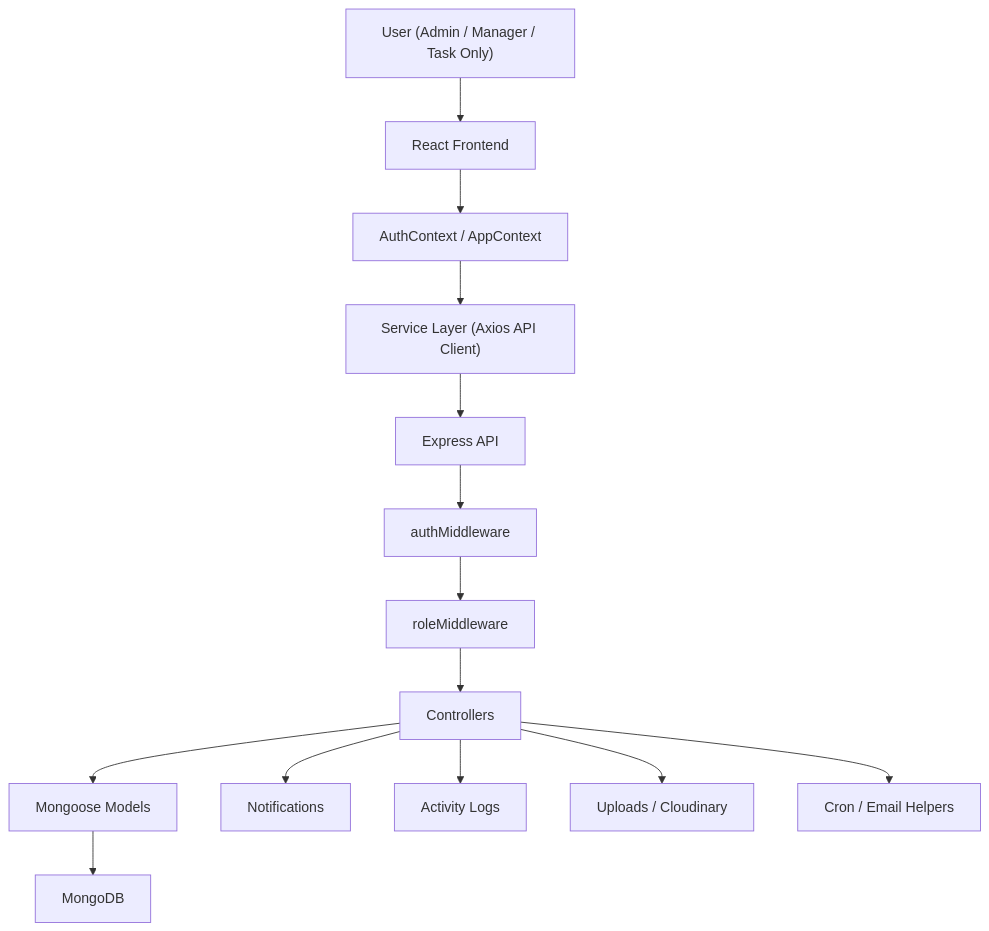
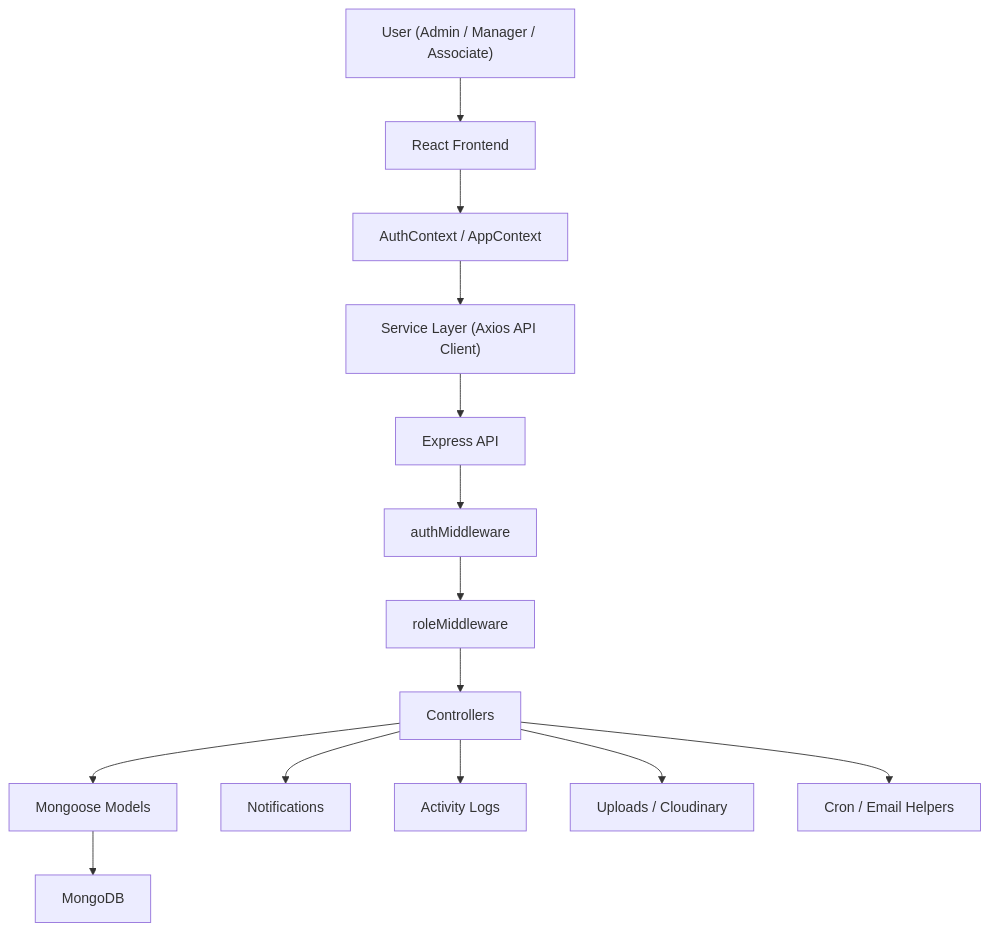
The first of 15 diagrams in PROJECT_FLOW_ARCHITECTURE.md (tushar-134/Project1), drawn with Mermaid before and after one commit. The commit also changed other lines of this file and 6 other files, not shown here.

Commit message:
chore: replace remaining occurrences of task_only with associate

````diff
--- a/PROJECT_FLOW_ARCHITECTURE.md
+++ b/PROJECT_FLOW_ARCHITECTURE.md
@@ -15,17 +15,17 @@
 ```mermaid
 flowchart TD
-    A["User (Admin / Manager / Task Only)"] --> B["React Frontend"]
+    A["User (Admin / Manager / Associate)"] --> B["React Frontend"]
     B --> C["AuthContext / AppContext"]
     C --> D["Service Layer (Axios API Client)"]
     D --> E["Express API"]
     E --> F["authMiddleware"]
     F --> G["roleMiddleware"]
     G --> H["Controllers"]
     H --> I["Mongoose Models"]
     I --> J["MongoDB"]
 
     H --> K["Notifications"]
     H --> L["Activity Logs"]
     H --> M["Uploads / Cloudinary"]
     H --> N["Cron / Email Helpers"]
 ```
````
